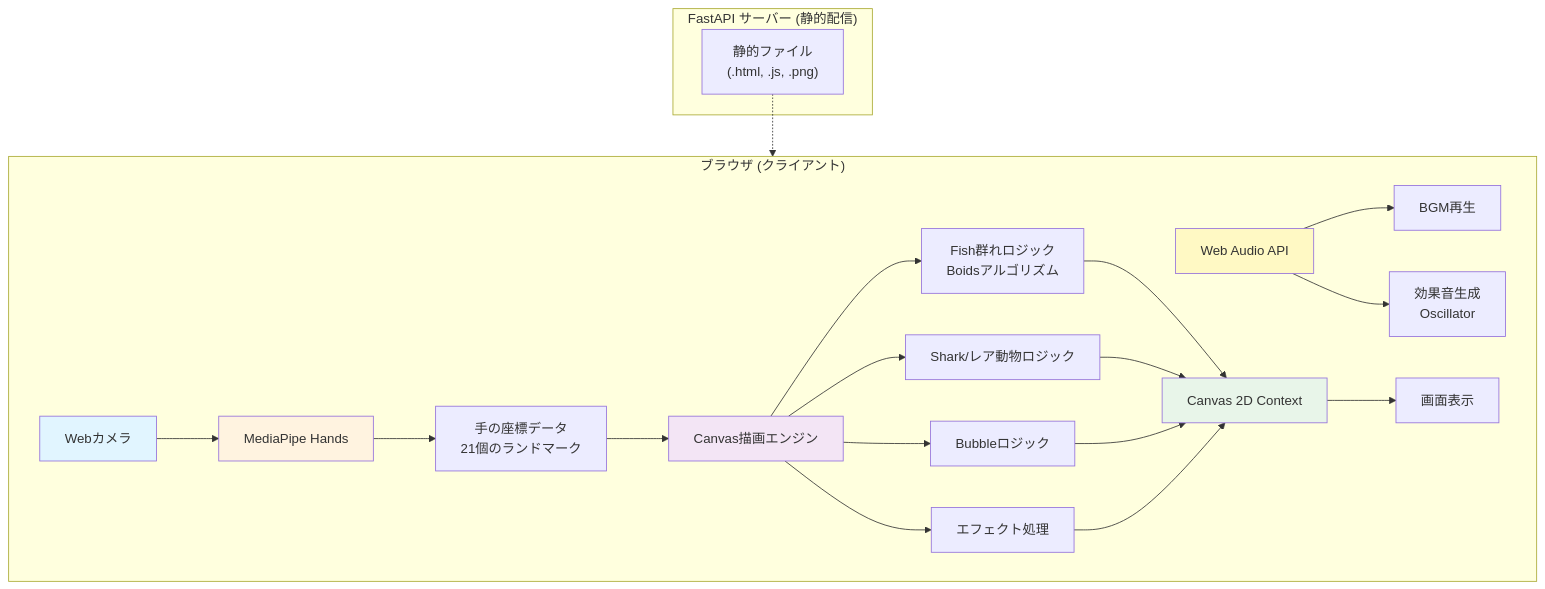
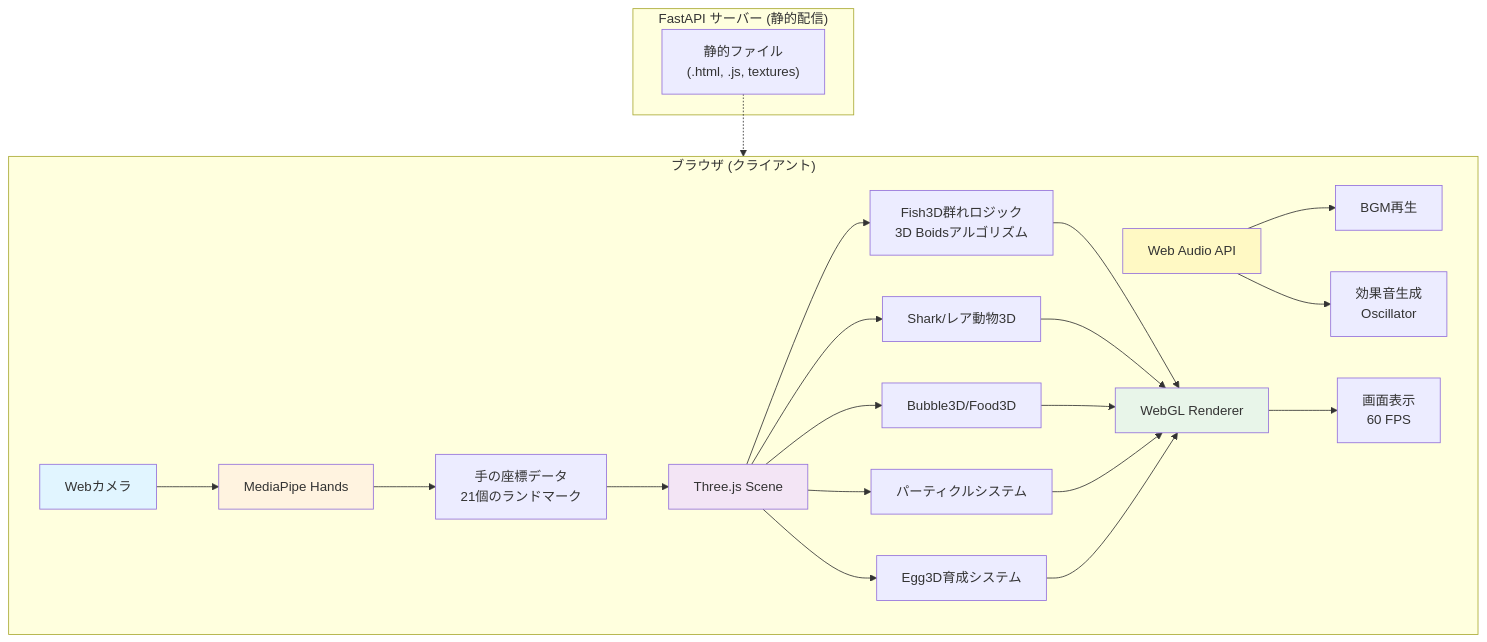
Before and after one commit to miki-mini/my-line-bots: the diagram in animals/fish.md, drawn with Mermaid. The commit also changed other lines of this file, not shown here.

Commit message:
docs: update README🐟fish

````diff
--- a/animals/fish.md
+++ b/animals/fish.md
@@ -93,35 +136,37 @@
 ```mermaid
 flowchart TB
     subgraph Client ["ブラウザ (クライアント)"]
         A["Webカメラ"] --> B["MediaPipe Hands"]
         B --> C["手の座標データ<br/>21個のランドマーク"]
-        C --> D["Canvas描画エンジン"]
+        C --> D["Three.js Scene"]
 
-        D --> E["Fish群れロジック<br/>Boidsアルゴリズム"]
-        D --> F["Shark/レア動物ロジック"]
-        D --> G["Bubbleロジック"]
-        D --> H["エフェクト処理"]
+        D --> E["Fish3D群れロジック<br/>3D Boidsアルゴリズム"]
+        D --> F["Shark/レア動物3D"]
+        D --> G["Bubble3D/Food3D"]
+        D --> H["パーティクルシステム"]
+        D --> I["Egg3D育成システム"]
 
-        E --> I["Canvas 2D Context"]
-        F --> I
-        G --> I
-        H --> I
+        E --> J["WebGL Renderer"]
+        F --> J
+        G --> J
+        H --> J
+        I --> J
 
-        J["Web Audio API"] --> K["BGM再生"]
-        J --> L["効果音生成<br/>Oscillator"]
+        K["Web Audio API"] --> L["BGM再生"]
+        K --> M["効果音生成<br/>Oscillator"]
 
-        I --> M["画面表示"]
+        J --> N["画面表示<br/>60 FPS"]
     end
 
     subgraph ServerSide ["FastAPI サーバー (静的配信)"]
-        N["静的ファイル<br/>(.html, .js, .png)"]
+        O["静的ファイル<br/>(.html, .js, textures)"]
     end
 
-    N -.-> Client
+    O -.-> Client
 
     style A fill:#e1f5ff
     style B fill:#fff3e0
     style D fill:#f3e5f5
-    style I fill:#e8f5e9
-    style J fill:#fff9c4
+    style J fill:#e8f5e9
+    style K fill:#fff9c4
 ```
````
